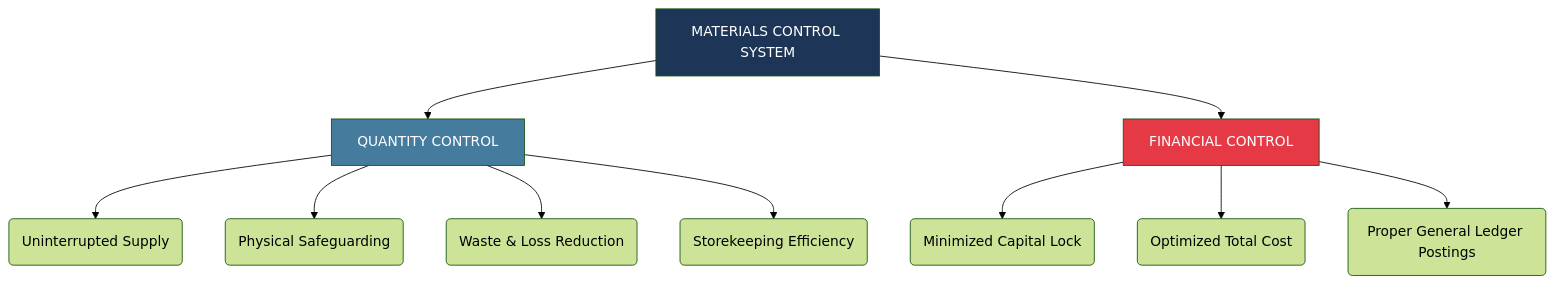
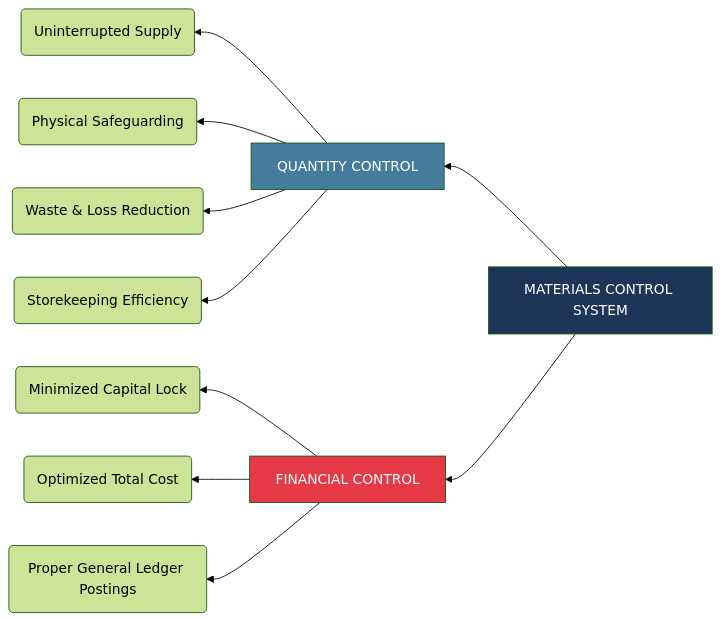
The first of 9 diagrams in note-res/ai-comprehension/acc-304-cost-accounting-i/acc-304-notes-step-4.md (Soohaeib/shared-obsidian-notes), drawn with Mermaid (forest theme) before and after one commit. The commit also changed other lines of this file and 8 other files, not shown here.

````diff
--- a/note-res/ai-comprehension/acc-304-cost-accounting-i/acc-304-notes-step-4.md
+++ b/note-res/ai-comprehension/acc-304-cost-accounting-i/acc-304-notes-step-4.md
@@ -22,18 +22,18 @@
 ```mermaid
-graph TD
+graph RL
     A[MATERIALS CONTROL SYSTEM] --> B[QUANTITY CONTROL]
     A --> C[FINANCIAL CONTROL]
     
     B --> B1(Uninterrupted Supply)
     B --> B2(Physical Safeguarding)
     B --> B3(Waste & Loss Reduction)
     B --> B4(Storekeeping Efficiency)
     
     C --> C1(Minimized Capital Lock)
     C --> C2(Optimized Total Cost)
     C --> C3(Proper General Ledger Postings)
     
     style A fill:#1D3557,color:#fff
     style B fill:#457B9D,color:#fff
     style C fill:#E63946,color:#fff
 ```
````
